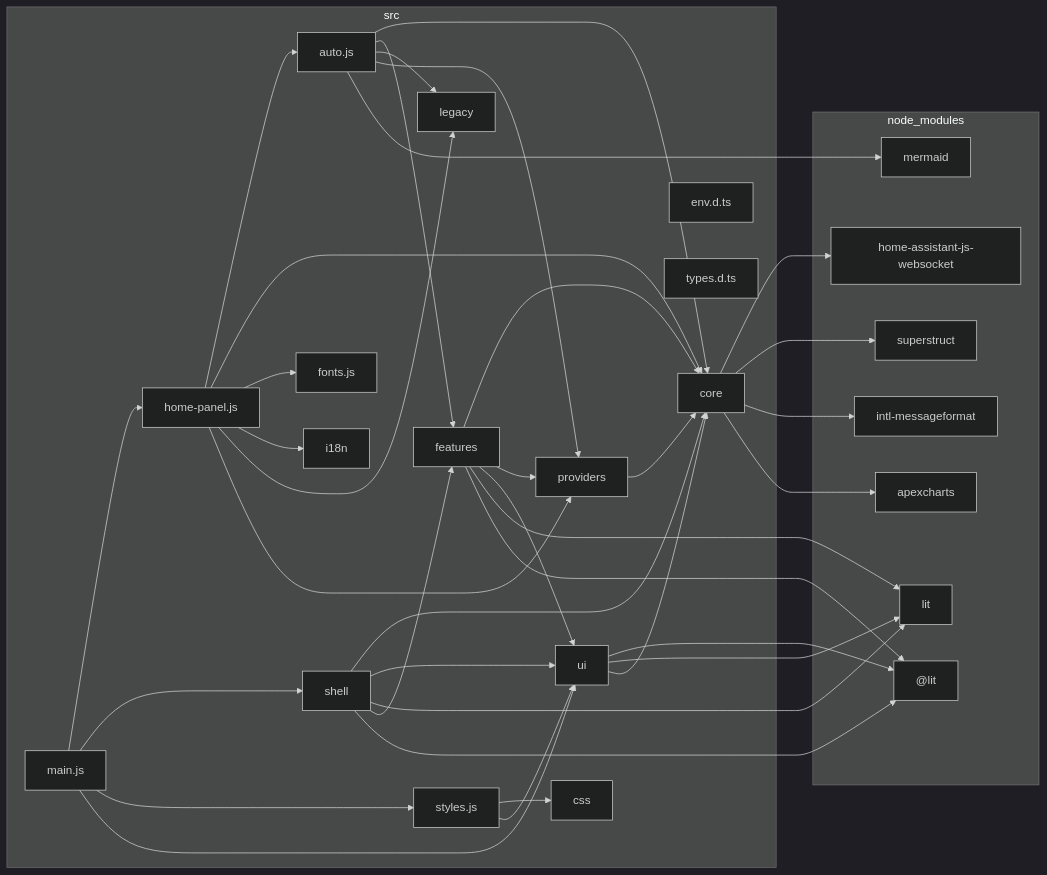
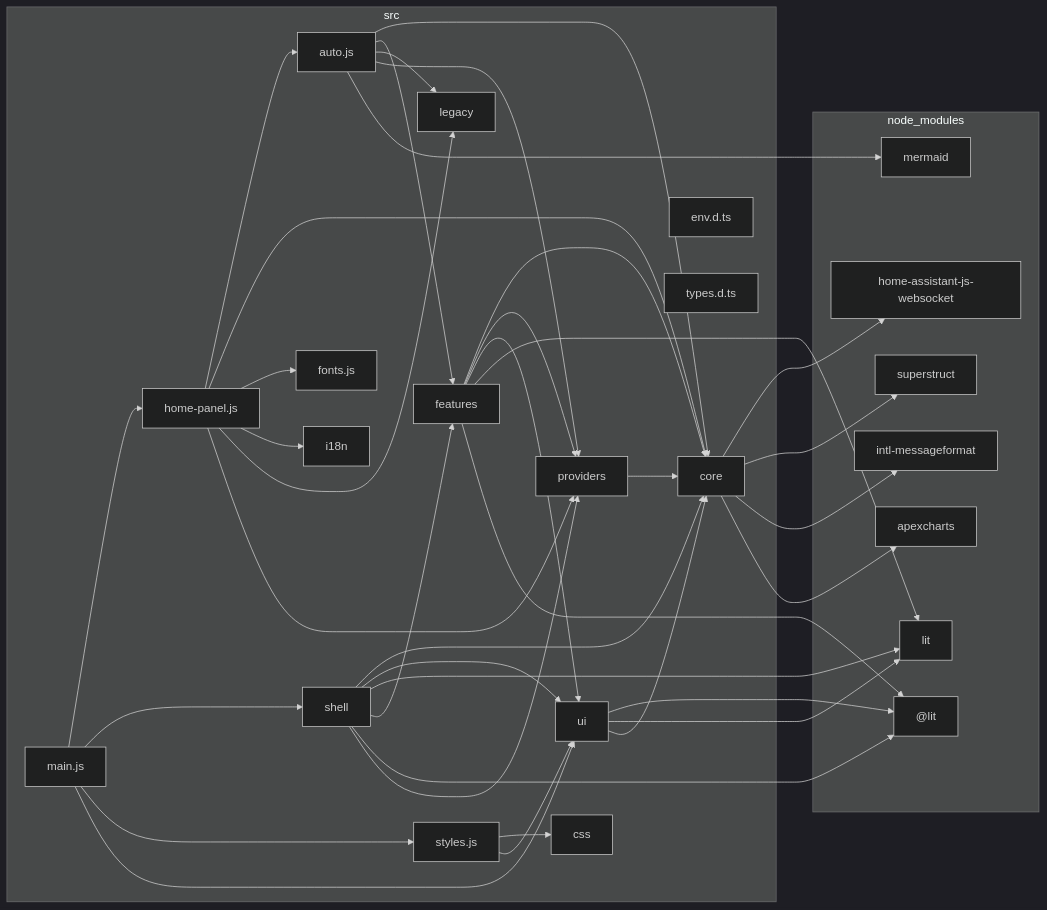
One commit to pldelisle/ha-home-panel changed the diagram in docs/architecture/dependency-graph.md. Above: the diagram before and after it, drawn with Mermaid (dark theme). The commit also changed 33 other files, not shown here.

````diff
--- a/docs/architecture/dependency-graph.md
+++ b/docs/architecture/dependency-graph.md
@@ -5,65 +5,66 @@
 ```mermaid
 flowchart LR
 
 subgraph 0["node_modules"]
 1["@lit"]
 2["apexcharts"]
 3["home-assistant-js-websocket"]
 4["intl-messageformat"]
 5["lit"]
 6["mermaid"]
 7["superstruct"]
 end
 subgraph 8["src"]
 9["auto.js"]
 A["core"]
 B["css"]
 C["env.d.ts"]
 D["features"]
 E["fonts.js"]
 F["home-panel.js"]
 G["i18n"]
 H["legacy"]
 I["main.js"]
 J["providers"]
 K["shell"]
 L["styles.js"]
 M["types.d.ts"]
 N["ui"]
 end
 9-->A
 9-->D
 9-->H
 9-->J
 9-->6
 A-->3
 A-->7
 A-->4
 A-->2
 D-->A
 D-->J
 D-->N
 D-->5
 D-->1
 F-->9
 F-->A
 F-->E
 F-->G
 F-->H
 F-->J
 I-->F
 I-->K
 I-->L
 I-->N
 J-->A
 K-->A
 K-->N
 K-->5
 K-->D
 K-->1
+K-->J
 L-->B
 L-->N
 N-->1
 N-->5
 N-->A
 ```
````
